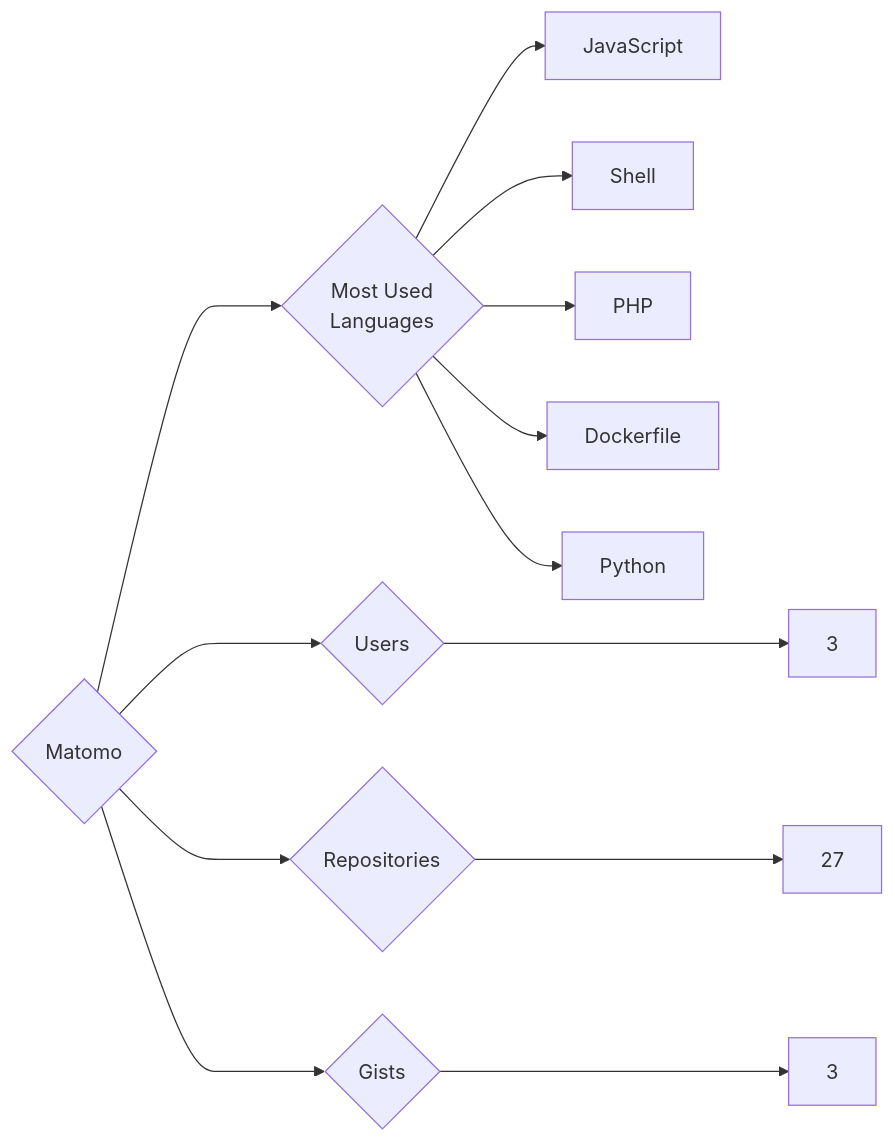
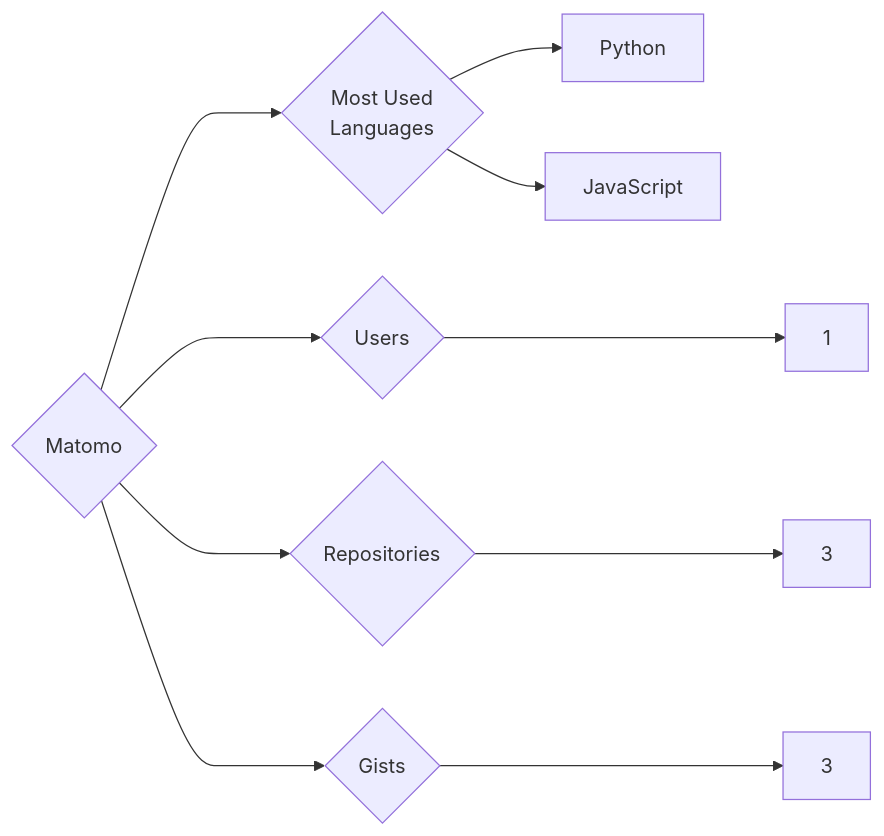
The diagram in targets/Matomo/README.md (trickest/insiders), drawn with Mermaid before and after one commit. The commit also changed 787 other files, not shown here.

````diff
--- a/targets/Matomo/README.md
+++ b/targets/Matomo/README.md
@@ -3,13 +3,10 @@
 ```mermaid
 graph LR
 COMPANY_NAME{Matomo}
-COMPANY_NAME ---> U{Users} ---> UN[3]
-COMPANY_NAME ---> R{Repositories} ---> RN[27]
+COMPANY_NAME ---> U{Users} ---> UN[1]
+COMPANY_NAME ---> R{Repositories} ---> RN[3]
 COMPANY_NAME ---> G{Gists} ---> GN[3]
 COMPANY_NAME ---> ML{Most Used<br>Languages}
+ML --> Python[Python]
 ML --> JavaScript[JavaScript]
-ML --> Shell[Shell]
-ML --> PHP[PHP]
-ML --> Dockerfile[Dockerfile]
-ML --> Python[Python]
 ```
````
